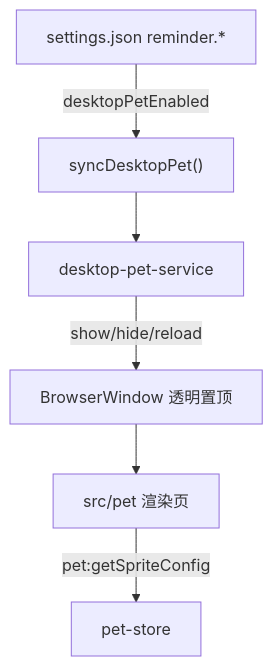
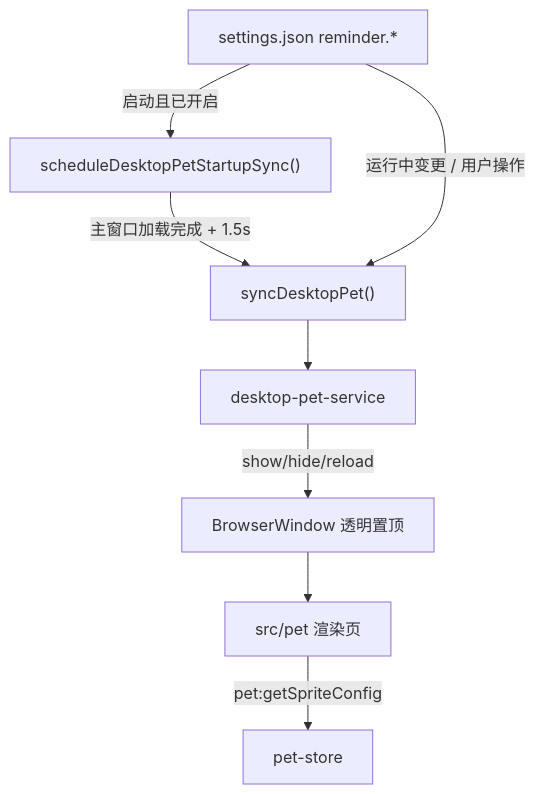
The first of 5 diagrams in docs/功能宠物.md (Landers1037/NioZy), drawn with Mermaid before and after one commit. The commit also changed other lines of this file and 2 other files, not shown here.

First line of the commit message:
perf(pet): defer desktop pet startup until main window is ready

````diff
--- a/docs/功能宠物.md
+++ b/docs/功能宠物.md
@@ -39,14 +41,17 @@
 ```mermaid
 flowchart TB
   Settings["settings.json reminder.*"]
+  Startup["scheduleDesktopPetStartupSync()"]
   Sync["syncDesktopPet()"]
   Svc["desktop-pet-service"]
   Win["BrowserWindow 透明置顶"]
   PetUI["src/pet 渲染页"]
 
-  Settings -->|desktopPetEnabled| Sync
+  Settings -->|启动且已开启| Startup
+  Startup -->|主窗口加载完成 + 1.5s| Sync
+  Settings -->|运行中变更 / 用户操作| Sync
   Sync --> Svc
   Svc -->|show/hide/reload| Win
   Win --> PetUI
   PetUI -->|pet:getSpriteConfig| Store["pet-store"]
 ```
````
